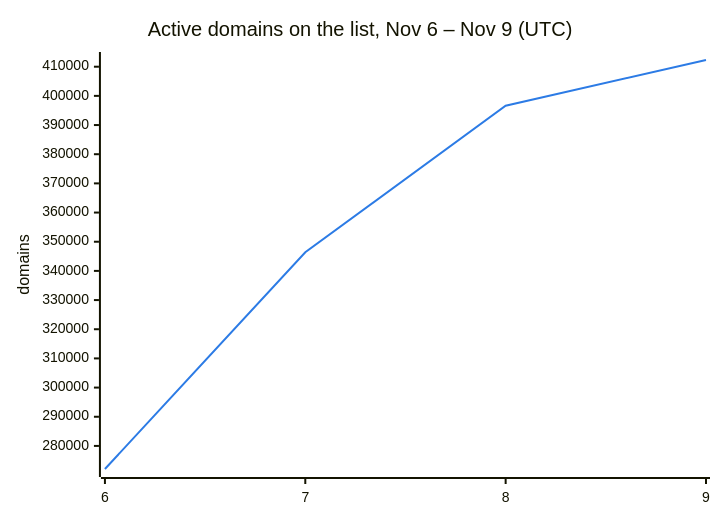
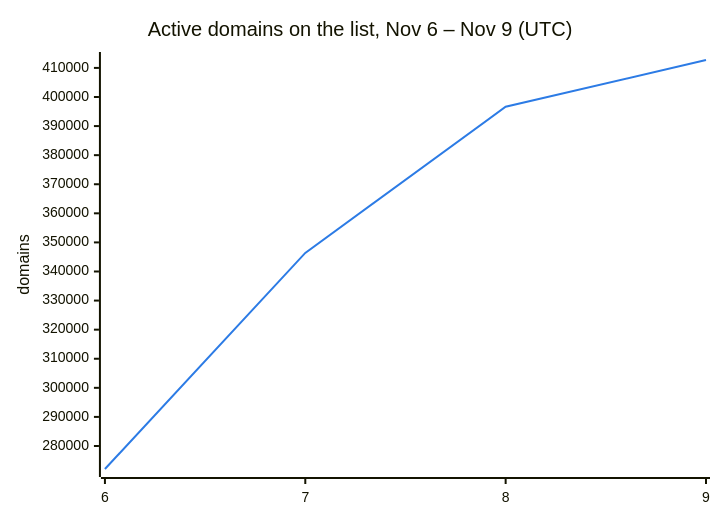
The second of 3 diagrams in README.md (DNSBunker/CTI), drawn with Mermaid before and after one commit. The commit also changed other lines of this file and 3 other files, not shown here.

````diff
--- a/README.md
+++ b/README.md
@@ -38,8 +38,8 @@
 ```mermaid
 %%{init: {"themeVariables": {"xyChart": {"plotColorPalette": "#2c7be5"}}}}%%
 xychart-beta
     title "Active domains on the list, Nov 6 – Nov 9 (UTC)"
     x-axis ["6", "7", "8", "9"]
     y-axis "domains"
-    line [272088, 346388, 396638, 412298]
+    line [272088, 346388, 396638, 412721]
 ```
````
